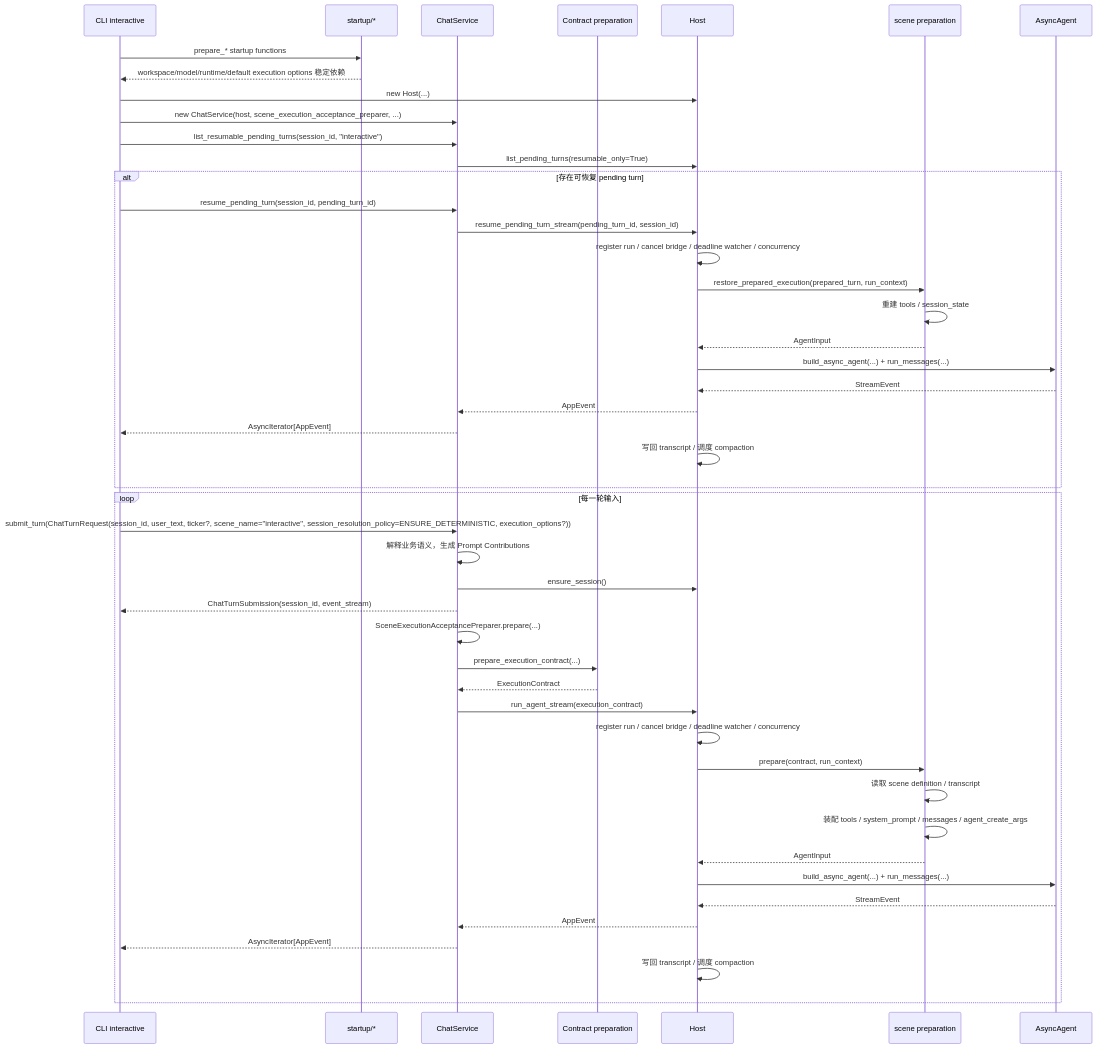
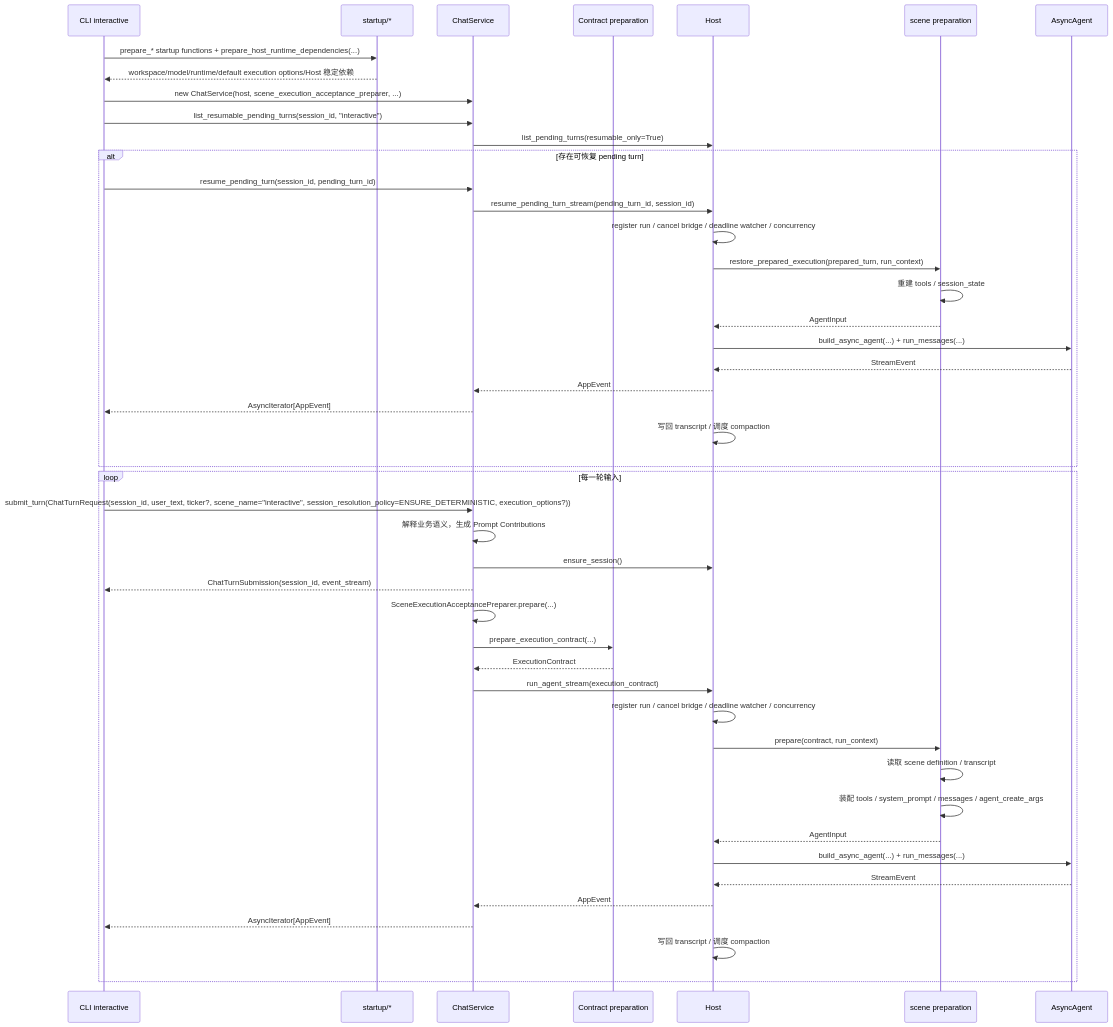
One commit to noho/dayu-agent changed the fourth of 4 diagrams in dayu/README.md. Above: the diagram before and after it, drawn with Mermaid. The commit also changed other lines of this file and 7 other files, not shown here.

````diff
--- a/dayu/README.md
+++ b/dayu/README.md
@@ -1267,50 +1266,49 @@
 ```mermaid
 sequenceDiagram
     participant UI as CLI interactive
     participant Startup as startup/*
     participant Service as ChatService
     participant Contract as Contract preparation
     participant Host as Host
     participant SP as scene preparation
     participant Agent as AsyncAgent
 
-    UI->>Startup: prepare_* startup functions
-    Startup-->>UI: workspace/model/runtime/default execution options 稳定依赖
-    UI->>Host: new Host(...)
+    UI->>Startup: prepare_* startup functions + prepare_host_runtime_dependencies(...)
+    Startup-->>UI: workspace/model/runtime/default execution options/Host 稳定依赖
     UI->>Service: new ChatService(host, scene_execution_acceptance_preparer, ...)
     UI->>Service: list_resumable_pending_turns(session_id, "interactive")
     Service->>Host: list_pending_turns(resumable_only=True)
     alt 存在可恢复 pending turn
       UI->>Service: resume_pending_turn(session_id, pending_turn_id)
       Service->>Host: resume_pending_turn_stream(pending_turn_id, session_id)
       Host->>Host: register run / cancel bridge / deadline watcher / concurrency
       Host->>SP: restore_prepared_execution(prepared_turn, run_context)
       SP->>SP: 重建 tools / session_state
       SP-->>Host: AgentInput
       Host->>Agent: build_async_agent(...) + run_messages(...)
       Agent-->>Host: StreamEvent
       Host-->>Service: AppEvent
       Service-->>UI: AsyncIterator[AppEvent]
       Host->>Host: 写回 transcript / 调度 compaction
     end
     loop 每一轮输入
         UI->>Service: submit_turn(ChatTurnRequest(session_id, user_text, ticker?, scene_name="interactive", session_resolution_policy=ENSURE_DETERMINISTIC, execution_options?))
         Service->>Service: 解释业务语义，生成 Prompt Contributions
         Service->>Host: ensure_session()
         Service-->>UI: ChatTurnSubmission(session_id, event_stream)
         Service->>Service: SceneExecutionAcceptancePreparer.prepare(...)
         Service->>Contract: prepare_execution_contract(...)
         Contract-->>Service: ExecutionContract
         Service->>Host: run_agent_stream(execution_contract)
         Host->>Host: register run / cancel bridge / deadline watcher / concurrency
         Host->>SP: prepare(contract, run_context)
         SP->>SP: 读取 scene definition / transcript
         SP->>SP: 装配 tools / system_prompt / messages / agent_create_args
         SP-->>Host: AgentInput
         Host->>Agent: build_async_agent(...) + run_messages(...)
         Agent-->>Host: StreamEvent
         Host-->>Service: AppEvent
         Service-->>UI: AsyncIterator[AppEvent]
         Host->>Host: 写回 transcript / 调度 compaction
     end
 ```
````
